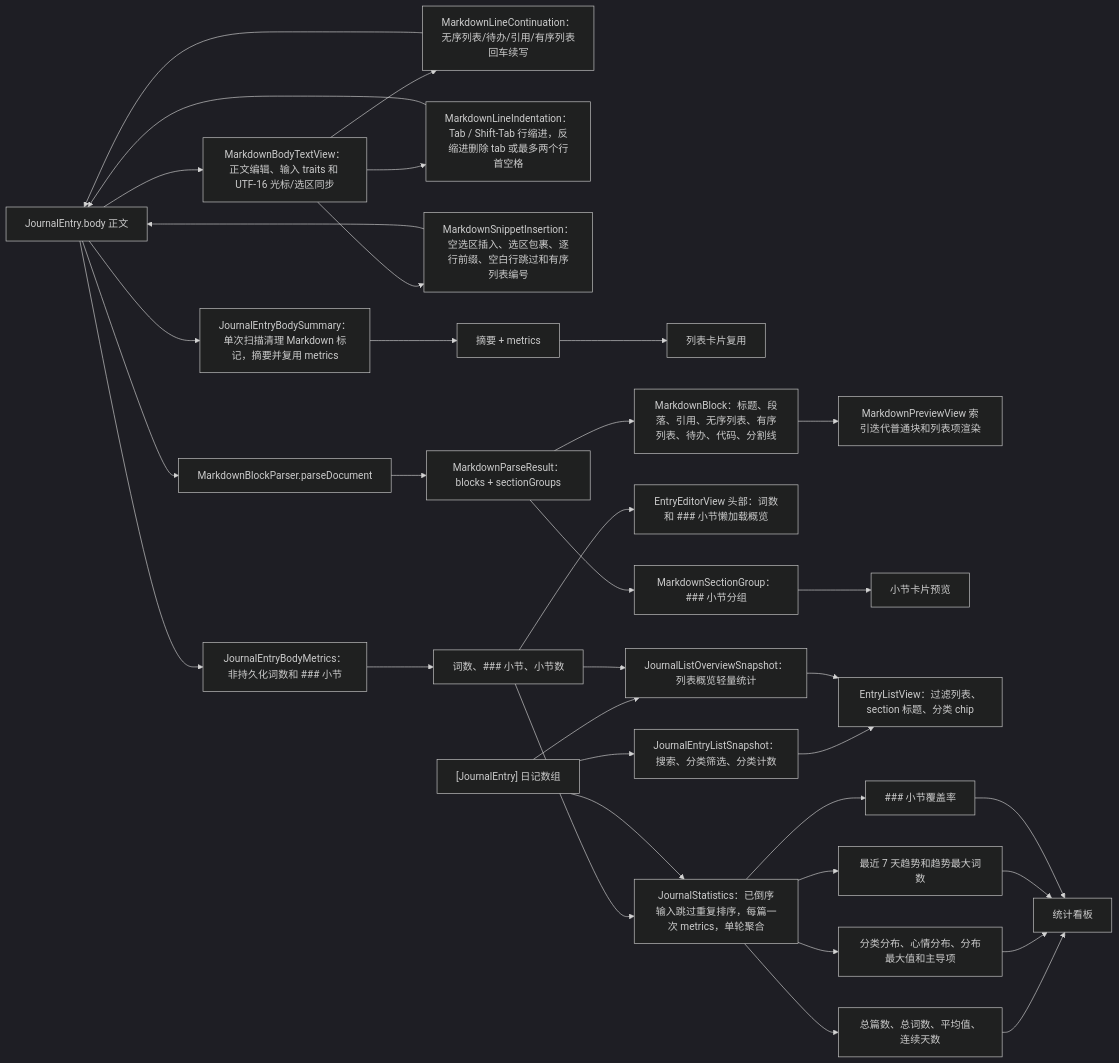
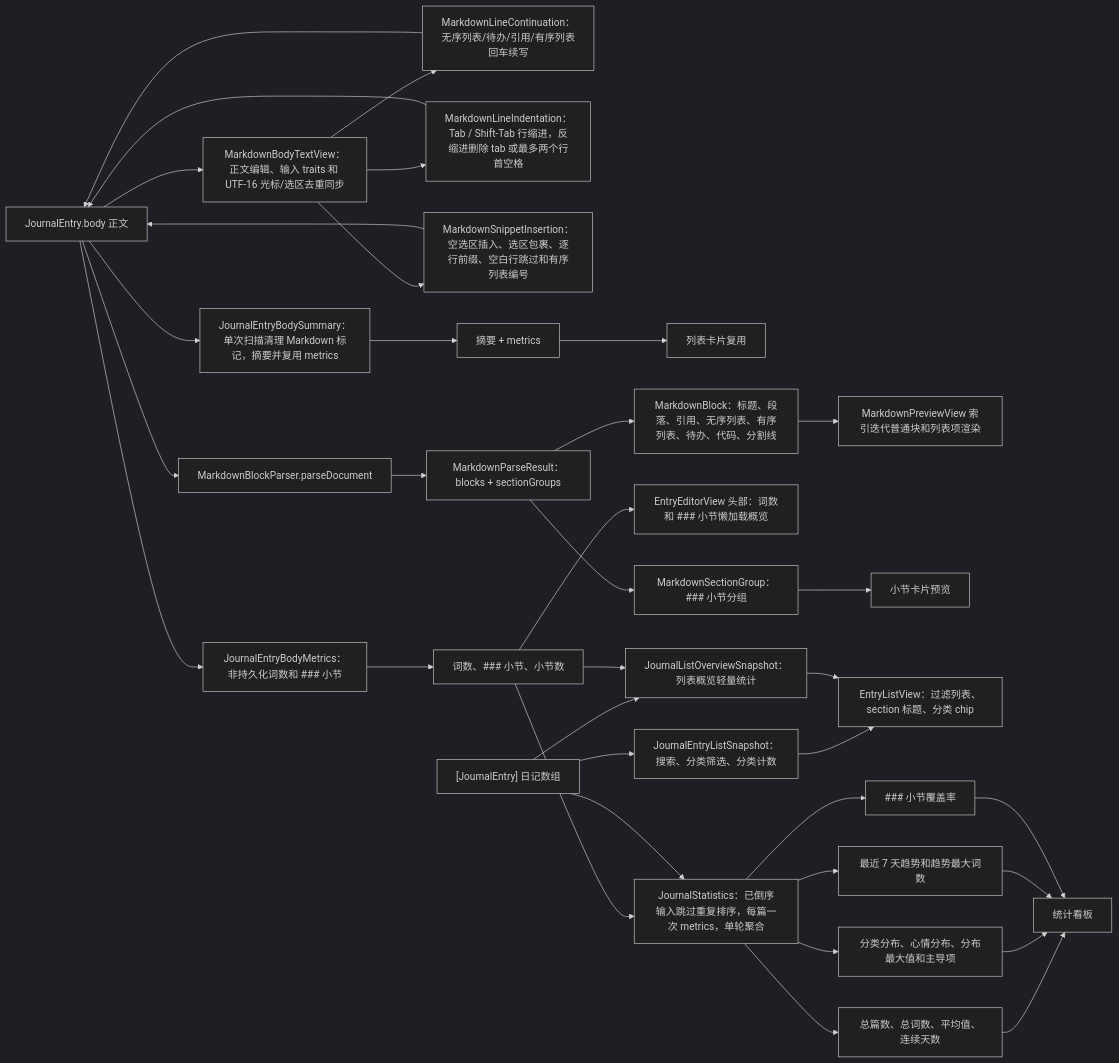
Before and after one commit to Altman-sam114/117: the fourth of 6 diagrams in md/flow/flowchart.md, drawn with Mermaid (dark theme). The commit also changed other lines of this file and 7 other files, not shown here.

````diff
--- a/md/flow/flowchart.md
+++ b/md/flow/flowchart.md
@@ -121,37 +121,37 @@
 ```mermaid
 flowchart LR
   Body["JournalEntry.body 正文"] --> MetricsNode2["JournalEntryBodyMetrics：非持久化词数和 ### 小节"]
   Body --> Summary["JournalEntryBodySummary：单次扫描清理 Markdown 标记，摘要并复用 metrics"]
-  Body --> BodyText["MarkdownBodyTextView：正文编辑、输入 traits 和 UTF-16 光标/选区同步"]
+  Body --> BodyText["MarkdownBodyTextView：正文编辑、输入 traits 和 UTF-16 光标/选区去重同步"]
   BodyText --> ContinueRule["MarkdownLineContinuation：无序列表/待办/引用/有序列表回车续写"]
   ContinueRule --> Body
   BodyText --> IndentRule["MarkdownLineIndentation：Tab / Shift-Tab 行缩进，反缩进删除 tab 或最多两个行首空格"]
   IndentRule --> Body
   BodyText --> InsertRule["MarkdownSnippetInsertion：空选区插入、选区包裹、逐行前缀、空白行跳过和有序列表编号"]
   InsertRule --> Body
   MetricsNode2 --> MetricsData["词数、### 小节、小节数"]
   Summary --> Excerpt["摘要 + metrics"]
   Excerpt --> RowEditor["列表卡片复用"]
   MetricsData --> Statistics["JournalStatistics：已倒序输入跳过重复排序，每篇一次 metrics，单轮聚合"]
   MetricsData --> EditorHeader["EntryEditorView 头部：词数和 ### 小节懒加载概览"]
   Body --> Parse["MarkdownBlockParser.parseDocument"]
   Parse --> Result["MarkdownParseResult：blocks + sectionGroups"]
   Result --> Blocks["MarkdownBlock：标题、段落、引用、无序列表、有序列表、待办、代码、分割线"]
   Blocks --> Preview["MarkdownPreviewView 索引迭代普通块和列表项渲染"]
   Result --> Sections["MarkdownSectionGroup：### 小节分组"]
   Sections --> SectionPreview["小节卡片预览"]
   Entries["[JournalEntry] 日记数组"] --> Statistics
   Entries --> ListSnapshot2["JournalEntryListSnapshot：搜索、分类筛选、分类计数"]
   ListSnapshot2 --> ListView["EntryListView：过滤列表、section 标题、分类 chip"]
   Entries --> ListOverview2["JournalListOverviewSnapshot：列表概览轻量统计"]
   MetricsData --> ListOverview2
   ListOverview2 --> ListView
   Statistics --> Metrics["总篇数、总词数、平均值、连续天数"]
   Statistics --> Distributions["分类分布、心情分布、分布最大值和主导项"]
   Statistics --> Trend["最近 7 天趋势和趋势最大词数"]
   Statistics --> Coverage["### 小节覆盖率"]
   Metrics --> Dashboard["统计看板"]
   Distributions --> Dashboard
   Trend --> Dashboard
   Coverage --> Dashboard
 ```
````
